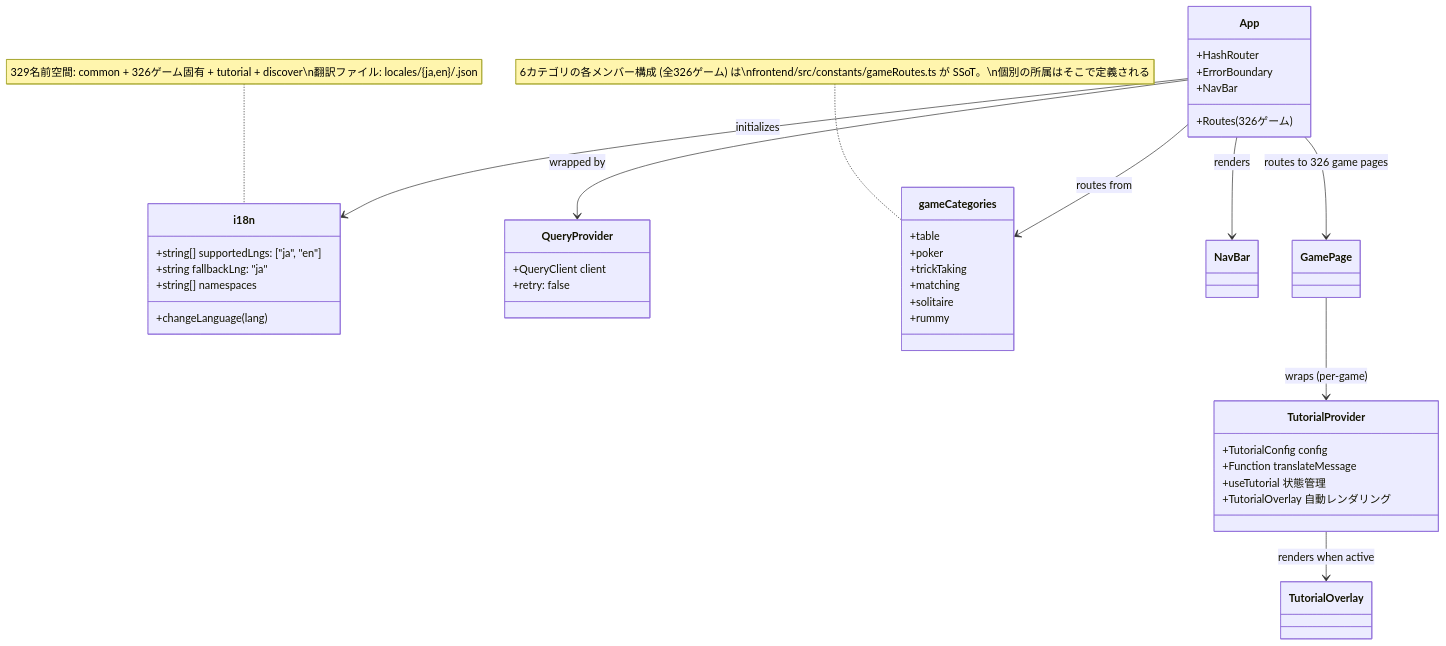
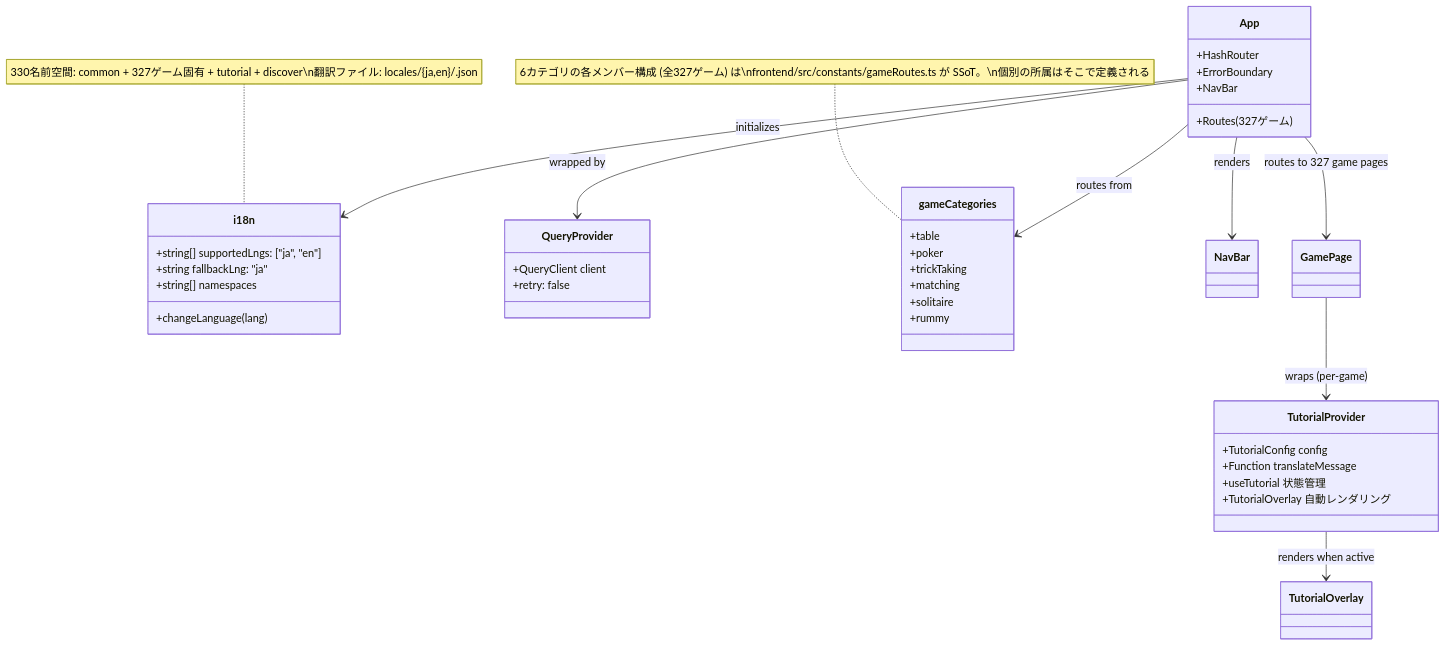
Before and after one commit to yuta-yoshinaga/go_trumpcards: the ninth of 49 diagrams in docs/design/frontend.md, drawn with Mermaid. The commit also changed other lines of this file and 55 other files, not shown here.

````diff
--- a/docs/design/frontend.md
+++ b/docs/design/frontend.md
@@ -1874,48 +1874,48 @@
 ```mermaid
 classDiagram
     class i18n {
         +string[] supportedLngs: ["ja", "en"]
         +string fallbackLng: "ja"
         +string[] namespaces
         +changeLanguage(lang)
     }
 
     class QueryProvider {
         +QueryClient client
         +retry: false
     }
 
     class App {
         +HashRouter
         +ErrorBoundary
         +NavBar
-        +Routes (326ゲーム)
+        +Routes (327ゲーム)
     }
 
     class gameCategories {
         +table
         +poker
         +trickTaking
         +matching
         +solitaire
         +rummy
     }
-    note for gameCategories "6カテゴリの各メンバー構成 (全326ゲーム) は\nfrontend/src/constants/gameRoutes.ts が SSoT。\n個別の所属はそこで定義される"
+    note for gameCategories "6カテゴリの各メンバー構成 (全327ゲーム) は\nfrontend/src/constants/gameRoutes.ts が SSoT。\n個別の所属はそこで定義される"
 
     class TutorialProvider {
         +TutorialConfig config
         +Function translateMessage
         +useTutorial 状態管理
         +TutorialOverlay 自動レンダリング
     }
 
     App --> QueryProvider : wrapped by
     App --> i18n : initializes
     App --> gameCategories : routes from
     App --> NavBar : renders
-    App --> GamePage : routes to 326 game pages
+    App --> GamePage : routes to 327 game pages
     GamePage --> TutorialProvider : wraps (per-game)
     TutorialProvider --> TutorialOverlay : renders when active
 
-    note for i18n "329名前空間: common + 326ゲーム固有 + tutorial + discover\n翻訳ファイル: locales/{ja,en}/<game>.json"
+    note for i18n "330名前空間: common + 327ゲーム固有 + tutorial + discover\n翻訳ファイル: locales/{ja,en}/<game>.json"
 ```
````
